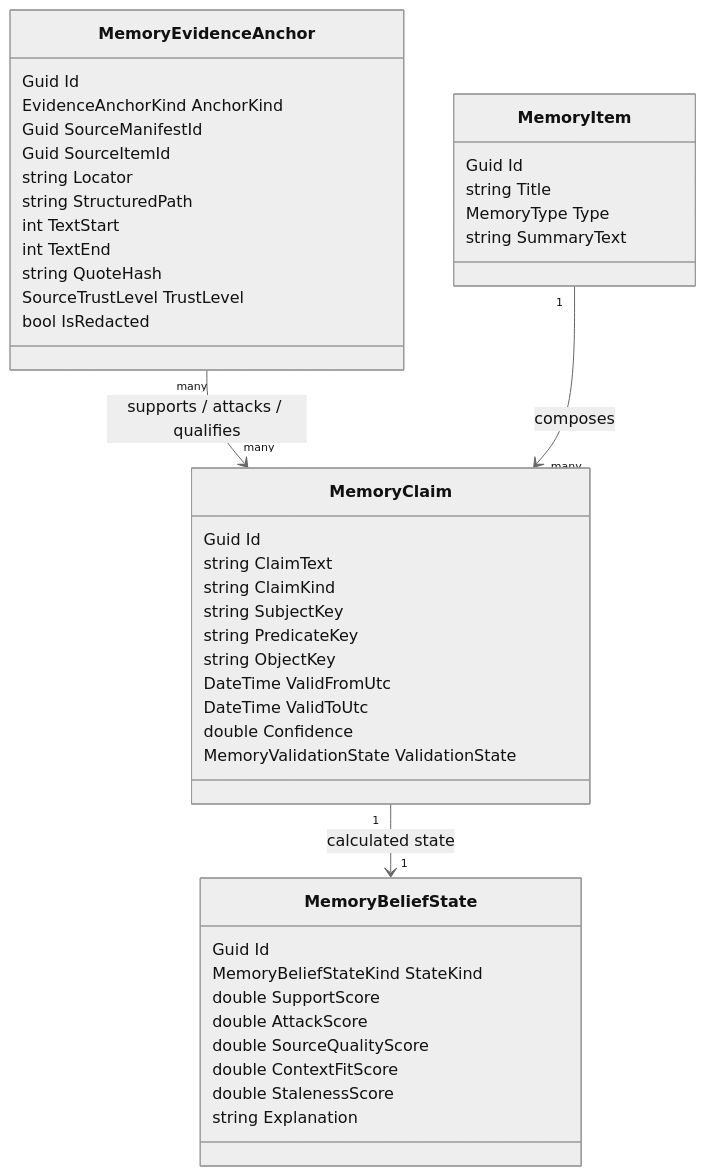
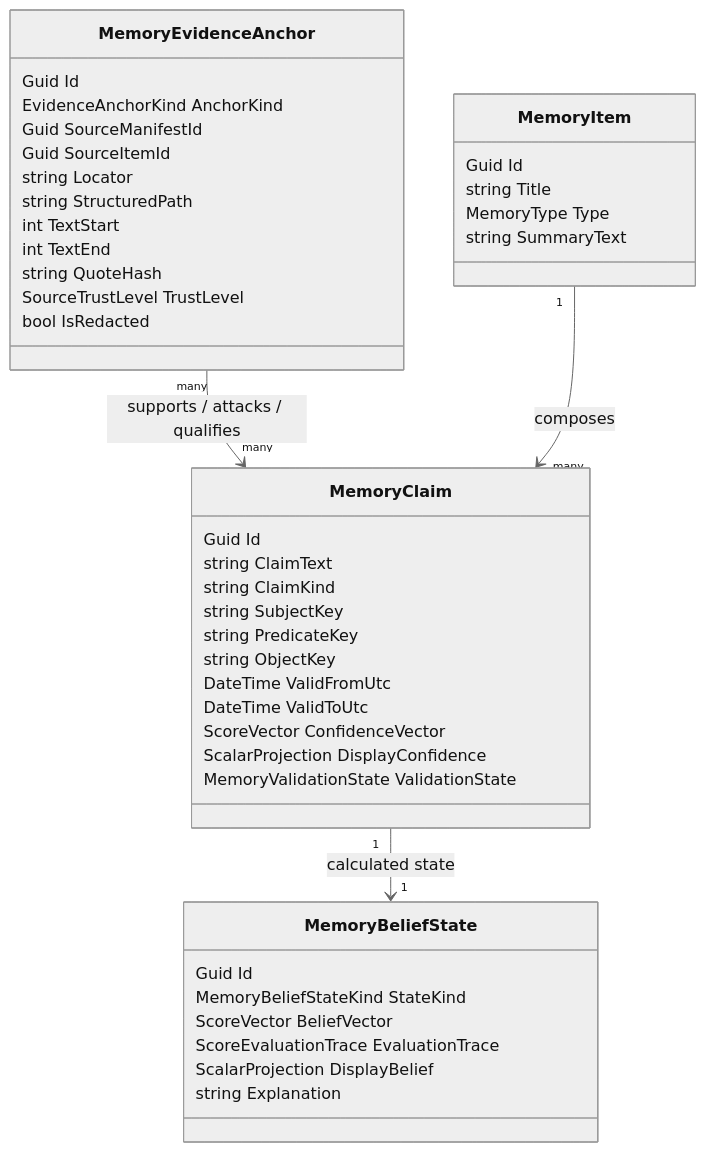
The diagram in codex/bundles/cognitive-memory-architecture-v2/diagrams/16-claim-evidence-belief-ledger.mmd (fyziktom/CanDoItAll), drawn with Mermaid (neutral theme) before and after one commit. The commit also changed 79 other files, not shown here.

```diff
--- a/codex/bundles/cognitive-memory-architecture-v2/diagrams/16-claim-evidence-belief-ledger.mmd
+++ b/codex/bundles/cognitive-memory-architecture-v2/diagrams/16-claim-evidence-belief-ledger.mmd
@@ -1,49 +1,48 @@
 classDiagram
   class MemoryEvidenceAnchor {
     Guid Id
     EvidenceAnchorKind AnchorKind
     Guid SourceManifestId
     Guid SourceItemId
     string Locator
     string StructuredPath
     int TextStart
     int TextEnd
     string QuoteHash
     SourceTrustLevel TrustLevel
     bool IsRedacted
   }
 
   class MemoryClaim {
     Guid Id
     string ClaimText
     string ClaimKind
     string SubjectKey
     string PredicateKey
     string ObjectKey
     DateTime ValidFromUtc
     DateTime ValidToUtc
-    double Confidence
+    ScoreVector ConfidenceVector
+    ScalarProjection DisplayConfidence
     MemoryValidationState ValidationState
   }
 
   class MemoryBeliefState {
     Guid Id
     MemoryBeliefStateKind StateKind
-    double SupportScore
-    double AttackScore
-    double SourceQualityScore
-    double ContextFitScore
-    double StalenessScore
+    ScoreVector BeliefVector
+    ScoreEvaluationTrace EvaluationTrace
+    ScalarProjection DisplayBelief
     string Explanation
   }
 
   class MemoryItem {
     Guid Id
     string Title
     MemoryType Type
     string SummaryText
   }
 
   MemoryEvidenceAnchor "many" --> "many" MemoryClaim : supports / attacks / qualifies
   MemoryClaim "1" --> "1" MemoryBeliefState : calculated state
   MemoryItem "1" --> "many" MemoryClaim : composes
```
